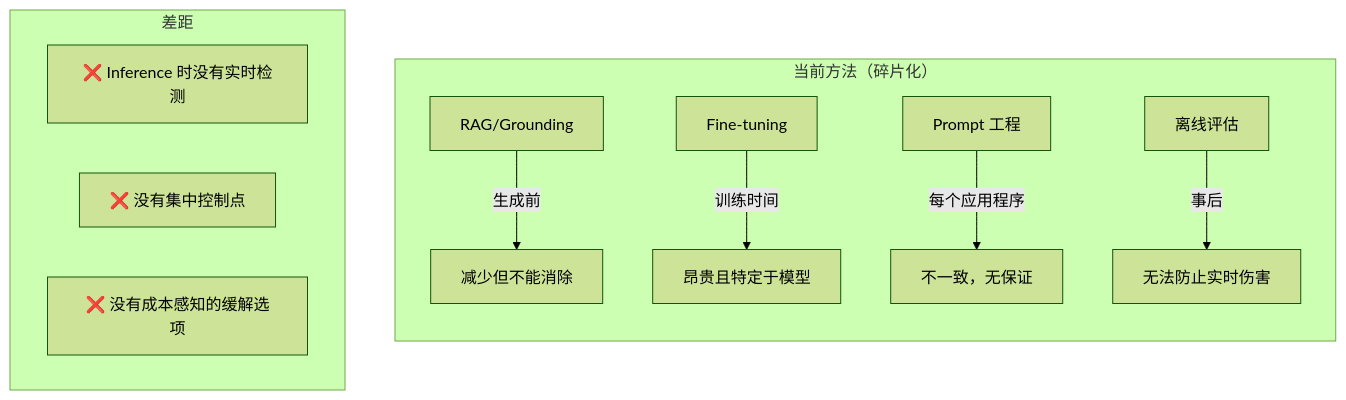
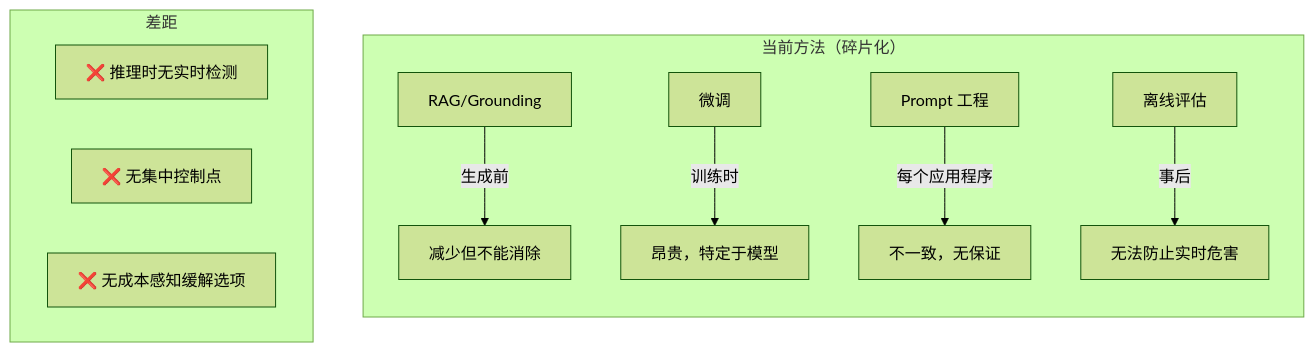
The first of 7 diagrams in website/i18n/zh-Hans/docusaurus-plugin-content-docs/current/proposals/hallucination-mitigation-milestone.md (vllm-project/semantic-router), drawn with Mermaid (forest theme) before and after one commit. The commit also changed other lines of this file and 1 other file, not shown here.

````diff
--- a/website/i18n/zh-Hans/docusaurus-plugin-content-docs/current/proposals/hallucination-mitigation-milestone.md
+++ b/website/i18n/zh-Hans/docusaurus-plugin-content-docs/current/proposals/hallucination-mitigation-milestone.md
@@ -44,16 +44,16 @@
 ```mermaid
 flowchart TB
     subgraph "当前方法（碎片化）"
         direction TB
         A[RAG/Grounding] -->|生成前| B[减少但不能消除]
-        C[Fine-tuning] -->|训练时间| D[昂贵且特定于模型]
+        C[微调] -->|训练时| D[昂贵，特定于模型]
         E[Prompt 工程] -->|每个应用程序| F[不一致，无保证]
-        G[离线评估] -->|事后| H[无法防止实时伤害]
+        G[离线评估] -->|事后| H[无法防止实时危害]
     end
 
     subgraph "差距"
-        I[❌ Inference 时没有实时检测]
-        J[❌ 没有集中控制点]
-        K[❌ 没有成本感知的缓解选项]
+        I[❌ 推理时无实时检测]
+        J[❌ 无集中控制点]
+        K[❌ 无成本感知缓解选项]
     end
 ```
````
